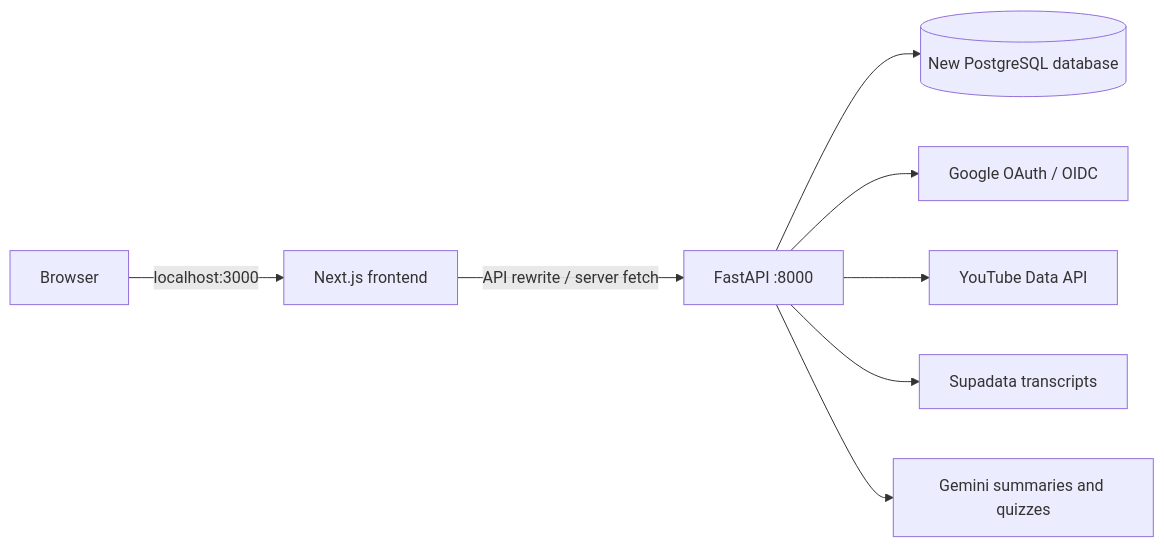
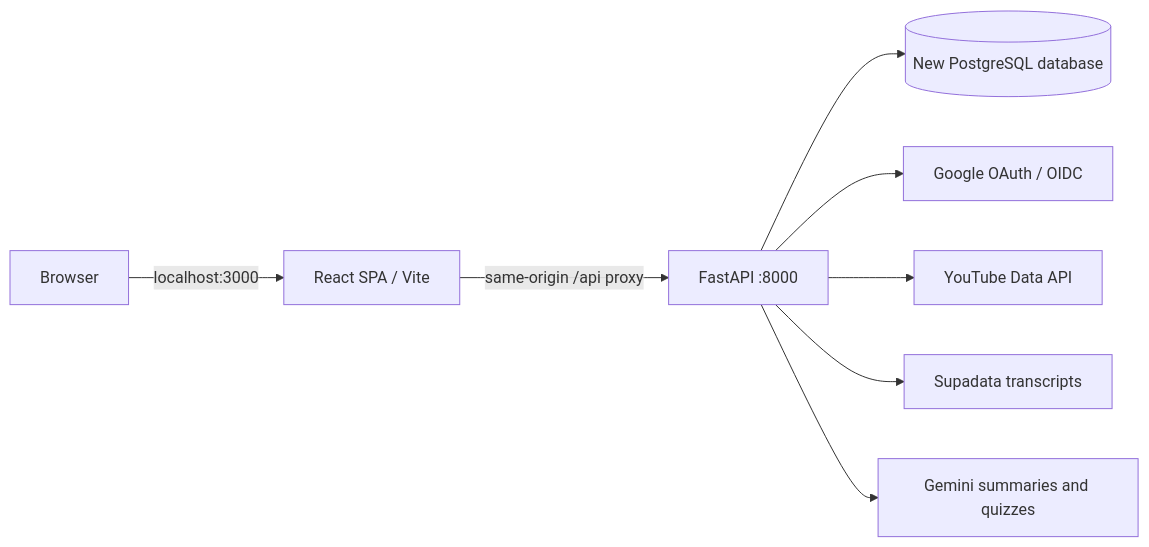
One commit to LakshayRathore18/FocusTube changed the diagram in docs/ARCHITECTURE.md. Above: the diagram before and after it, drawn with Mermaid. The commit also changed other lines of this file and 76 other files, not shown here.

````diff
--- a/docs/ARCHITECTURE.md
+++ b/docs/ARCHITECTURE.md
@@ -5,10 +5,10 @@
 ```mermaid
 flowchart LR
-    Browser -->|localhost:3000| Next[Next.js frontend]
-    Next -->|API rewrite / server fetch| API[FastAPI :8000]
+    Browser -->|localhost:3000| Frontend[React SPA / Vite]
+    Frontend -->|same-origin /api proxy| API[FastAPI :8000]
     API --> DB[(New PostgreSQL database)]
     API --> Google[Google OAuth / OIDC]
     API --> YouTube[YouTube Data API]
     API --> Supadata[Supadata transcripts]
     API --> Gemini[Gemini summaries and quizzes]
 ```
````
